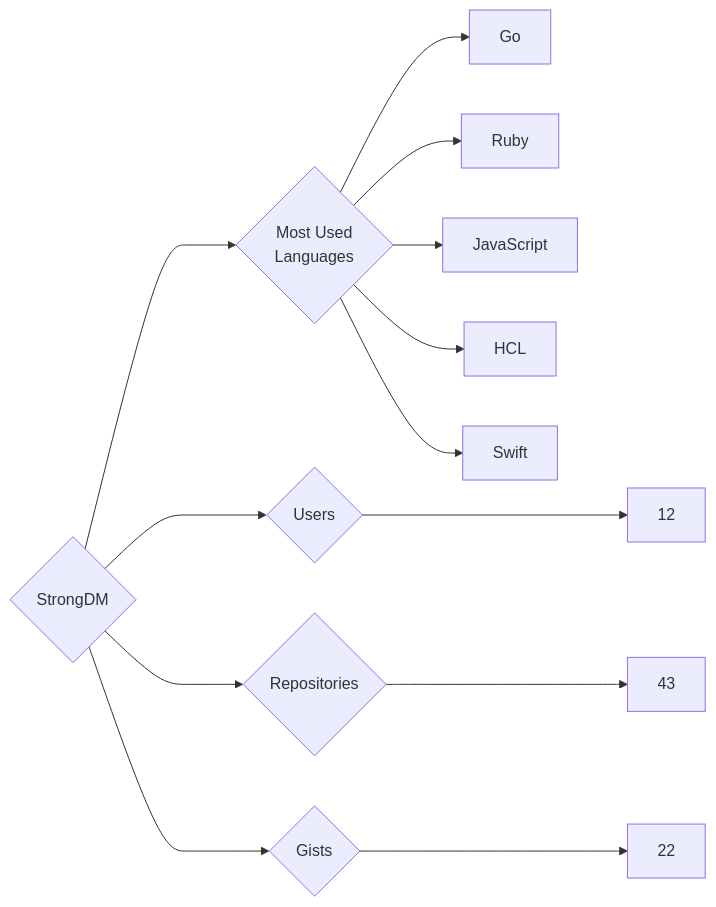
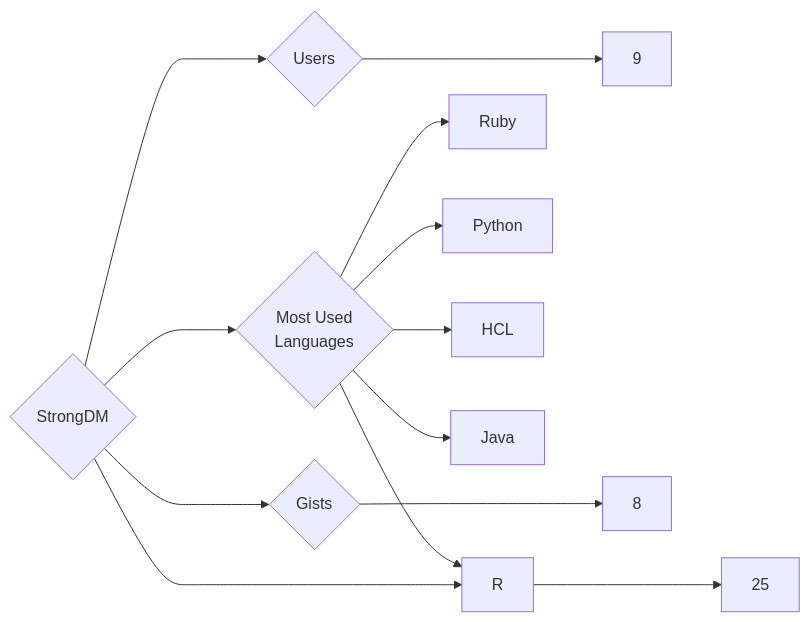
Before and after one commit to trickest/insiders: the diagram in targets/StrongDM/README.md, drawn with Mermaid. The commit also changed 1479 other files, not shown here.

````diff
--- a/targets/StrongDM/README.md
+++ b/targets/StrongDM/README.md
@@ -3,13 +3,13 @@
 ```mermaid
 graph LR
 COMPANY_NAME{StrongDM}
-COMPANY_NAME ---> U{Users} ---> UN[12]
-COMPANY_NAME ---> R{Repositories} ---> RN[43]
-COMPANY_NAME ---> G{Gists} ---> GN[22]
+COMPANY_NAME ---> U{Users} ---> UN[9]
+COMPANY_NAME ---> R{Repositories} ---> RN[25]
+COMPANY_NAME ---> G{Gists} ---> GN[8]
 COMPANY_NAME ---> ML{Most Used<br>Languages}
-ML --> Go[Go]
 ML --> Ruby[Ruby]
-ML --> JavaScript[JavaScript]
+ML --> Python[Python]
 ML --> HCL[HCL]
-ML --> Swift[Swift]
+ML --> Java[Java]
+ML --> R[R]
 ```
````
